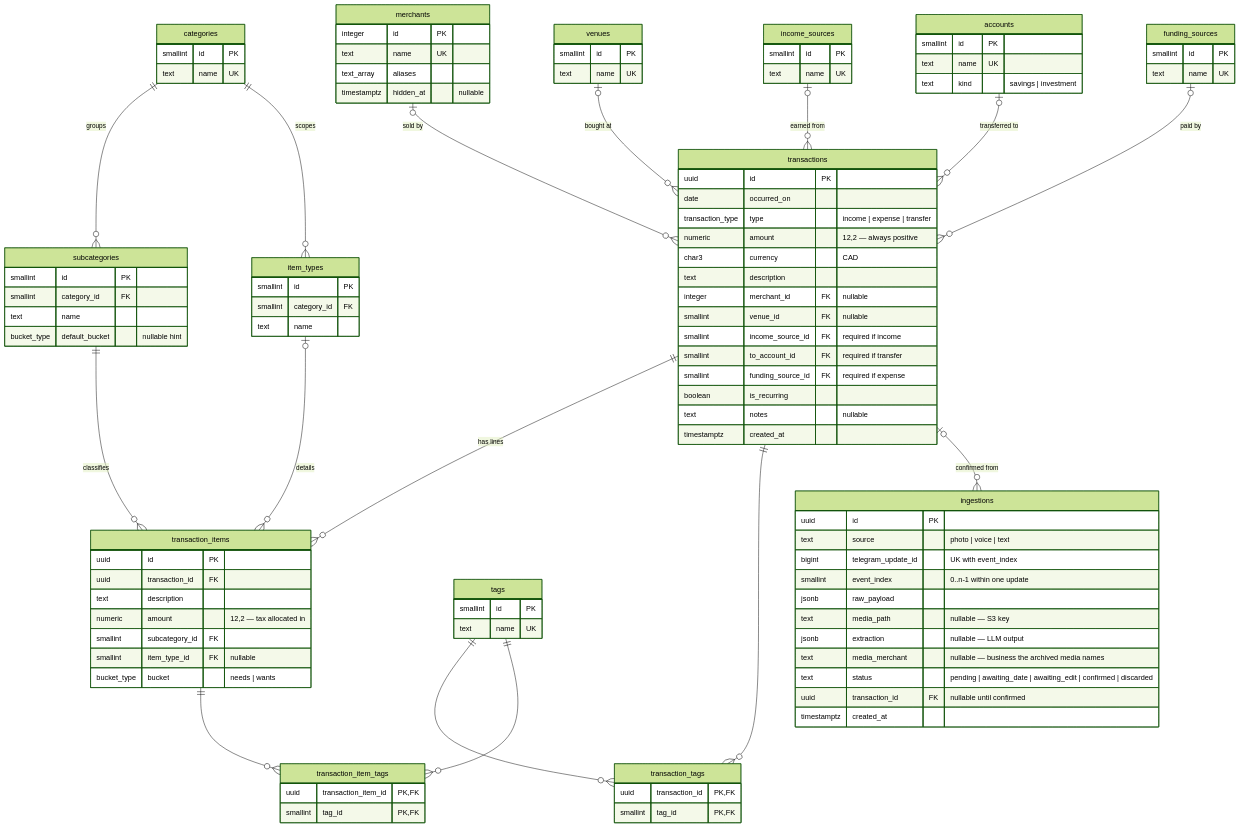
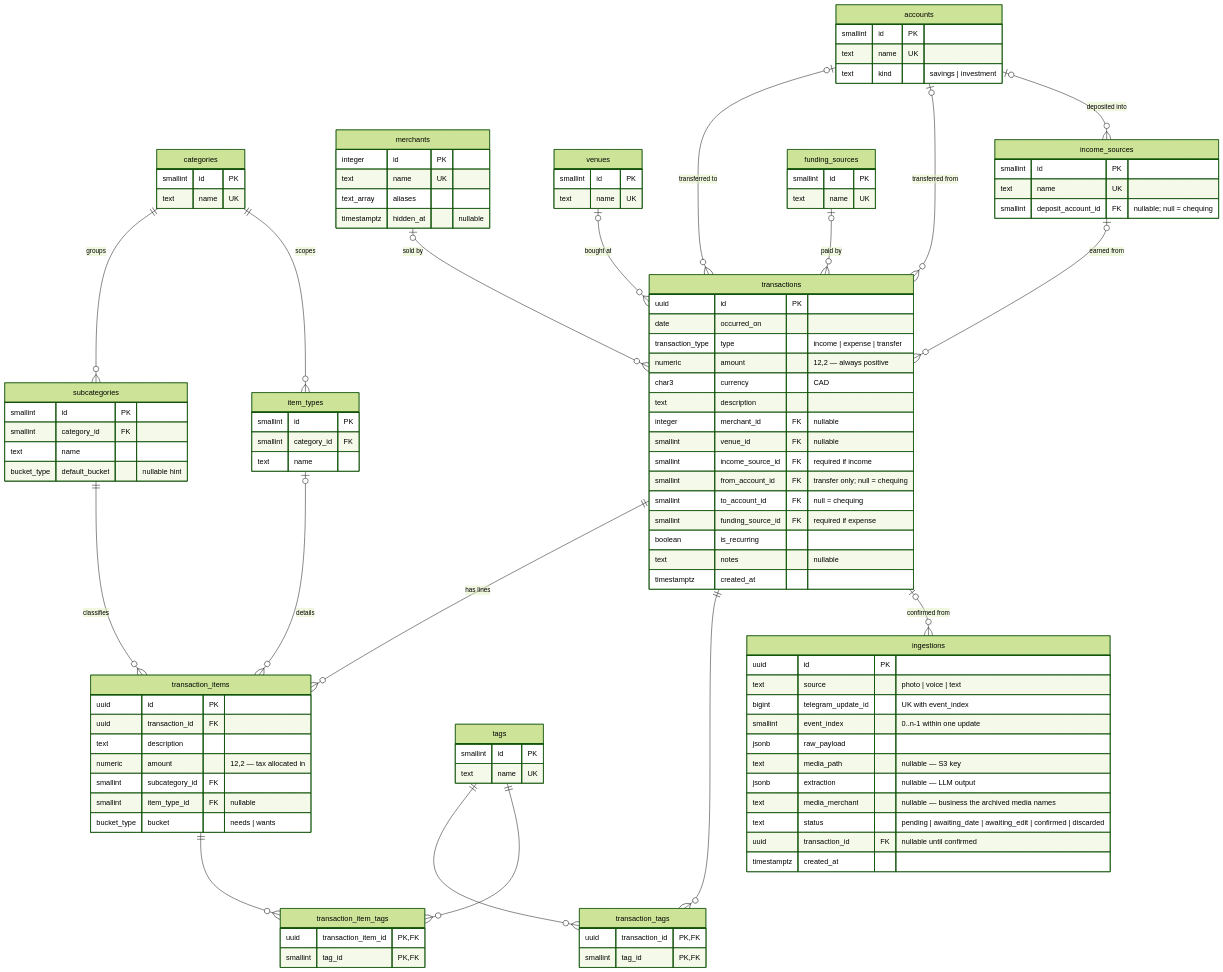
The diagram in docs/DATA_MODEL.md (rafachan3/finflow), drawn with Mermaid (forest theme) before and after one commit. The commit also changed other lines of this file and 38 other files, not shown here.

First line of the commit message:
feat: record withdrawals, moves between accounts and income deposit accounts (#76)

```diff
--- a/docs/DATA_MODEL.md
+++ b/docs/DATA_MODEL.md
@@ -38,6 +38,8 @@
   venues |o--o{ transactions : "bought at"
   income_sources |o--o{ transactions : "earned from"
   accounts |o--o{ transactions : "transferred to"
+  accounts |o--o{ transactions : "transferred from"
+  accounts |o--o{ income_sources : "deposited into"
   funding_sources |o--o{ transactions : "paid by"
   transactions ||--o{ transaction_tags : ""
   tags ||--o{ transaction_tags : ""
@@ -55,7 +57,8 @@
     integer merchant_id FK "nullable"
     smallint venue_id FK "nullable"
     smallint income_source_id FK "required if income"
-    smallint to_account_id FK "required if transfer"
+    smallint from_account_id FK "transfer only; null = chequing"
+    smallint to_account_id FK "null = chequing"
     smallint funding_source_id FK "required if expense"
     boolean is_recurring
     text notes "nullable"
@@ -129,6 +132,7 @@
   income_sources {
     smallint id PK
     text name UK
+    smallint deposit_account_id FK "nullable; null = chequing"
   }
 
   accounts {
```
